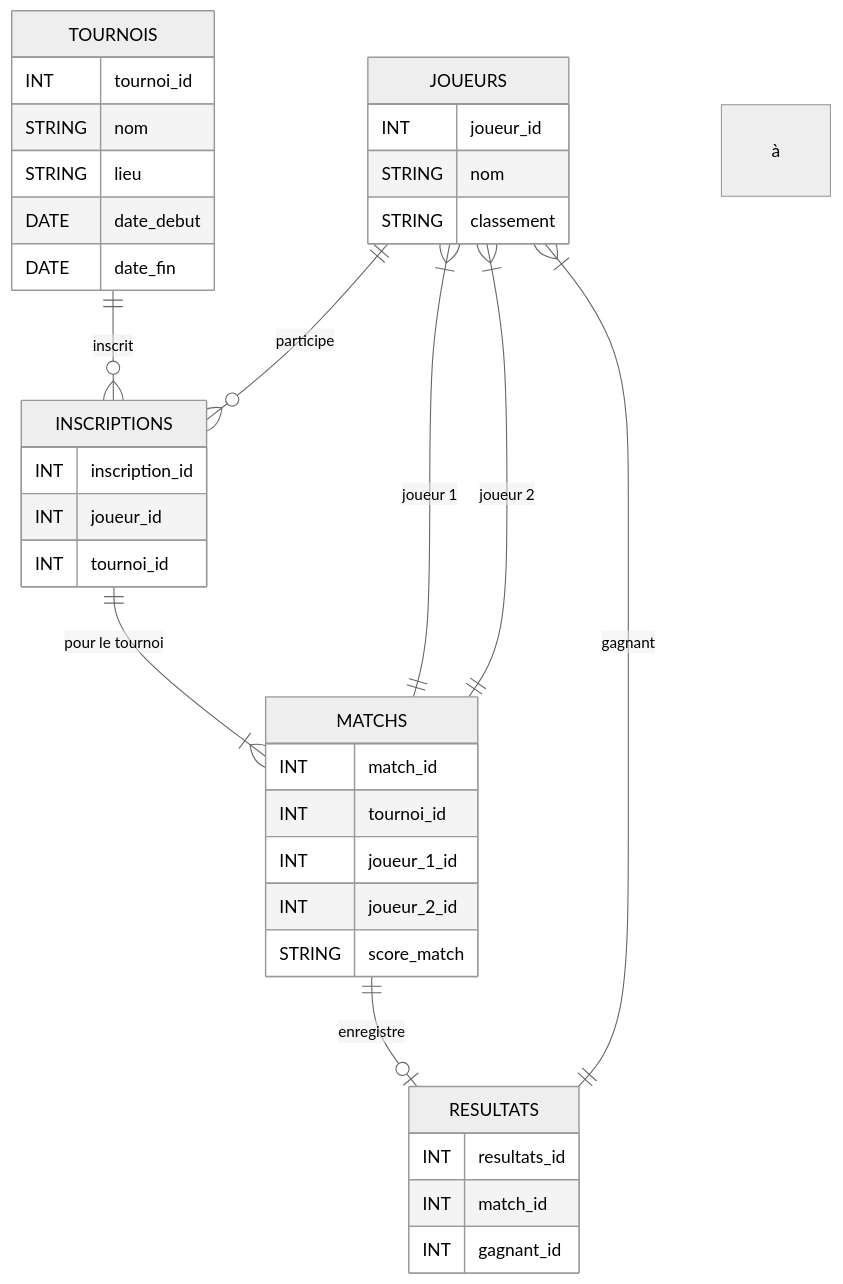
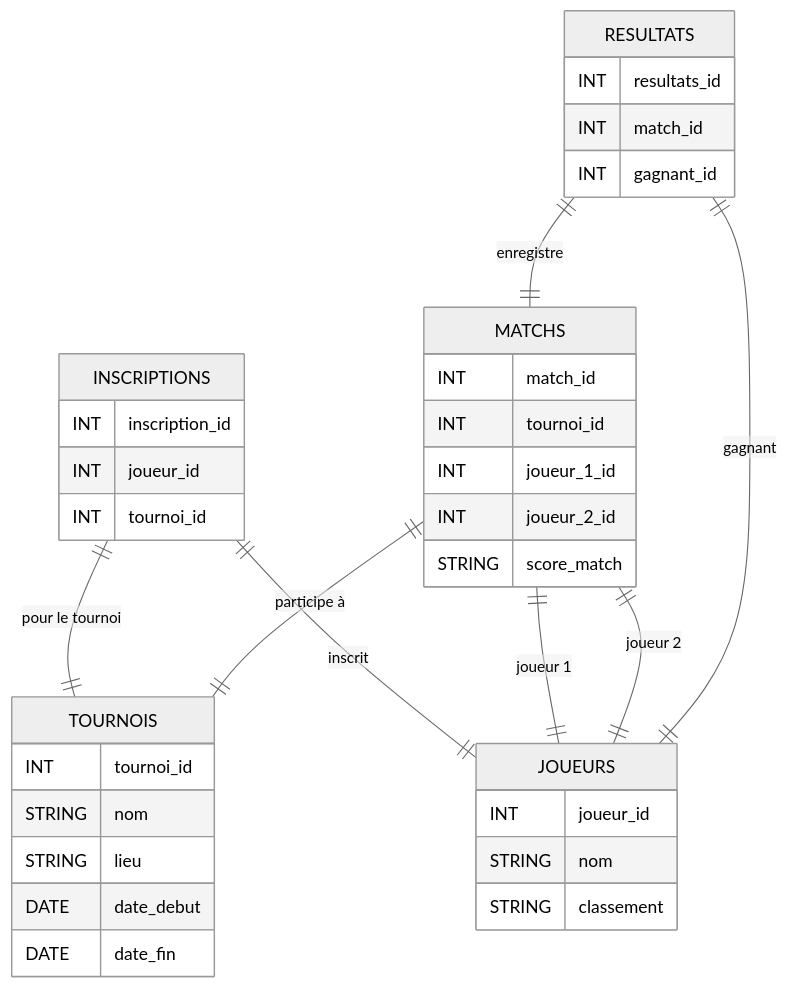
The diagram in DOCUMENT CONCEPTION.md (aurel882/TennisSQL), drawn with Mermaid (neutral theme) before and after one commit.

Commit message:
Update DOCUMENT CONCEPTION.md

````diff
--- a/DOCUMENT CONCEPTION.md
+++ b/DOCUMENT CONCEPTION.md
@@ -48,45 +49,42 @@
 ```mermaid
 erDiagram
     JOUEURS {
         INT joueur_id
         STRING nom
         STRING classement
     }
-
     TOURNOIS {
         INT tournoi_id
         STRING nom
         STRING lieu
         DATE date_debut
         DATE date_fin
     }
-
     MATCHS {
         INT match_id
         INT tournoi_id
         INT joueur_1_id
         INT joueur_2_id
         STRING score_match
     }
-
     RESULTATS {
         INT resultats_id
         INT match_id
         INT gagnant_id
     }
-
     INSCRIPTIONS {
         INT inscription_id
         INT joueur_id
         INT tournoi_id
     }
+    
+    INSCRIPTIONS ||--|| JOUEURS : "inscrit"
+    INSCRIPTIONS ||--|| TOURNOIS : "pour le tournoi"
+    MATCHS ||--|| TOURNOIS : "participe à"
+    MATCHS ||--|| JOUEURS : "joueur 1"
+    MATCHS ||--|| JOUEURS : "joueur 2"
+    RESULTATS ||--|| MATCHS : "enregistre"
+    RESULTATS ||--|| JOUEURS : "gagnant"
 
-    JOUEURS ||--o{ INSCRIPTIONS : participe à
-    TOURNOIS ||--o{ INSCRIPTIONS : inscrit
-    INSCRIPTIONS ||--|{ MATCHS : "pour le tournoi"
-    MATCHS ||--|{ JOUEURS : "joueur 1"
-    MATCHS ||--|{ JOUEURS : "joueur 2"
-    MATCHS ||--o| RESULTATS : "enregistre"
-    RESULTATS ||--|{ JOUEURS : "gagnant"
     
 ```
````
